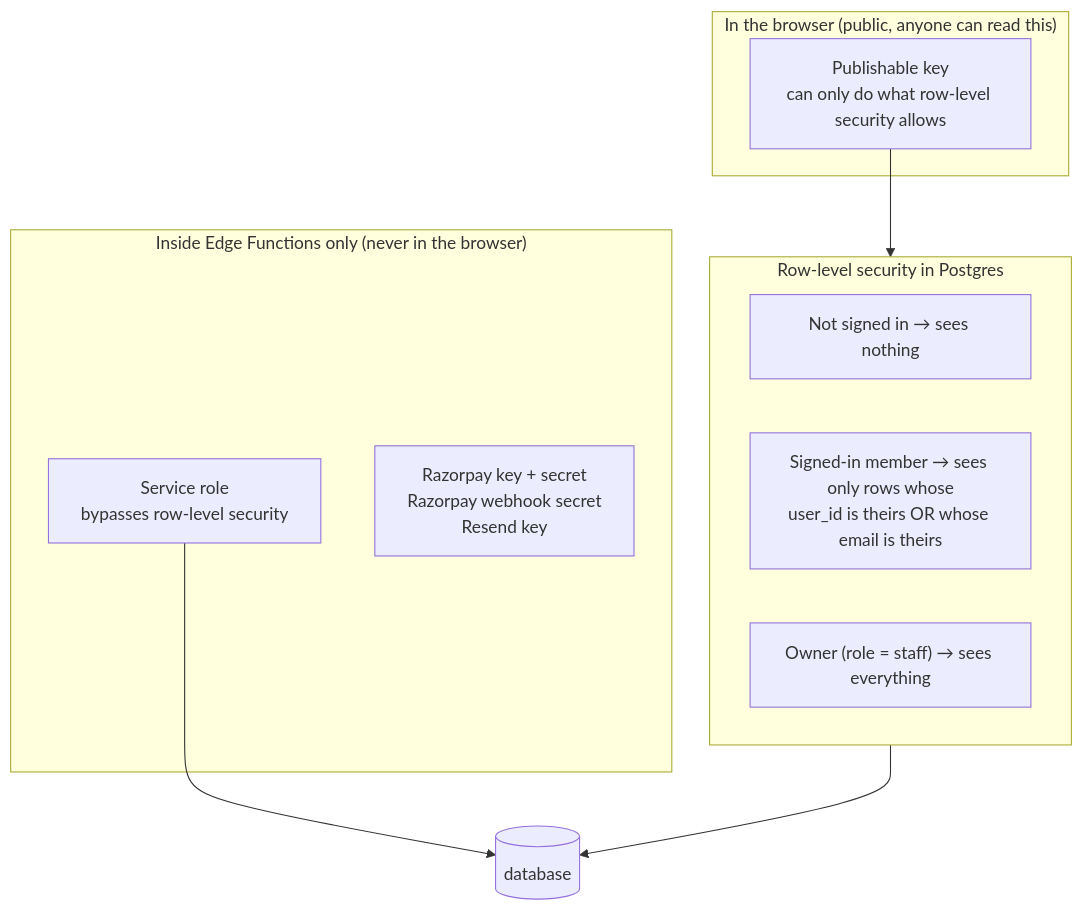
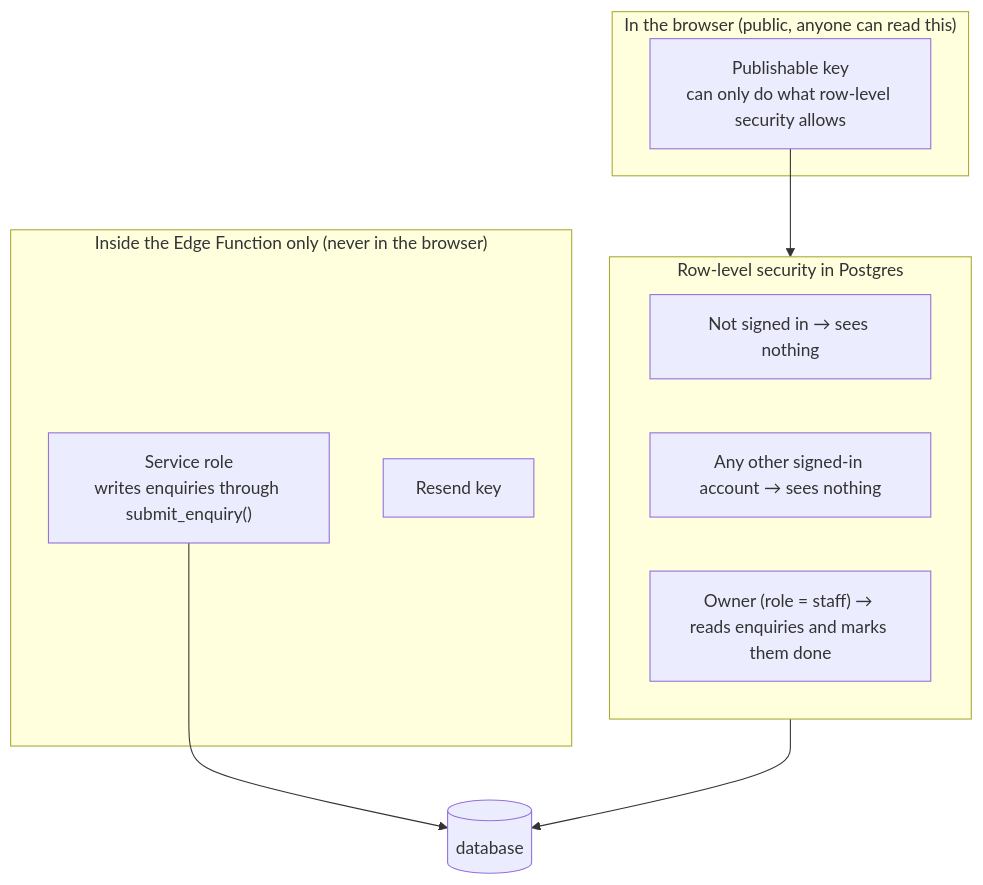
One commit to datewithcode/viral-yoga-website changed the second of 5 diagrams in docs/ARCHITECTURE.md. Above: the diagram before and after it, drawn with Mermaid. The commit also changed other lines of this file and 46 other files, not shown here.

````diff
--- a/docs/ARCHITECTURE.md
+++ b/docs/ARCHITECTURE.md
@@ -67,18 +62,18 @@
 ```mermaid
 flowchart TB
   subgraph Browser["In the browser (public, anyone can read this)"]
     PK["Publishable key<br/>can only do what row-level security allows"]
   end
   subgraph Rules["Row-level security in Postgres"]
     R1["Not signed in → sees nothing"]
-    R2["Signed-in member → sees only rows whose<br/>user_id is theirs OR whose email is theirs"]
-    R3["Owner (role = staff) → sees everything"]
+    R2["Any other signed-in account → sees nothing"]
+    R3["Owner (role = staff) → reads enquiries and marks them done"]
   end
-  subgraph Server["Inside Edge Functions only (never in the browser)"]
-    SR["Service role<br/>bypasses row-level security"]
-    SEC["Razorpay key + secret<br/>Razorpay webhook secret<br/>Resend key"]
+  subgraph Server["Inside the Edge Function only (never in the browser)"]
+    SR["Service role<br/>writes enquiries through submit_enquiry()"]
+    SEC["Resend key"]
   end
   PK --> Rules
   Rules --> DB[(database)]
   SR --> DB
 ```
````
